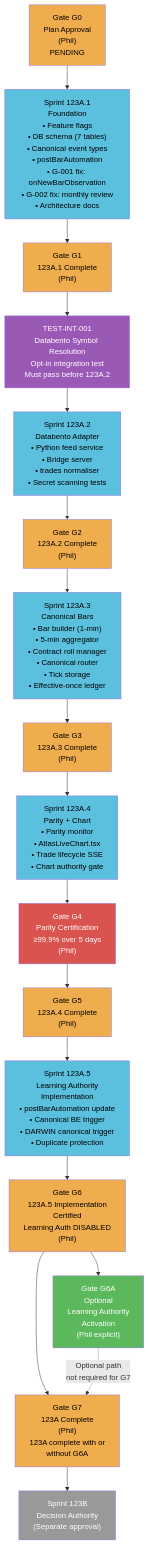
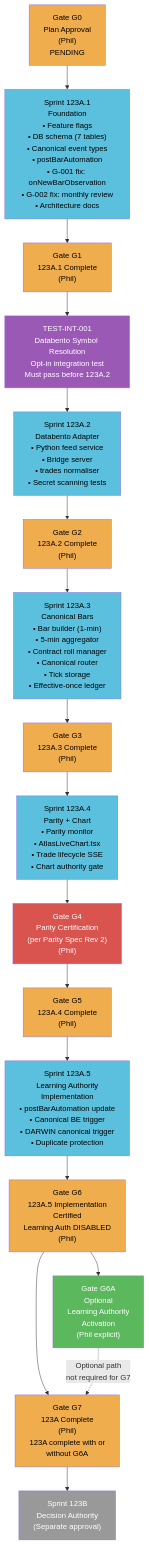
Before and after one commit to SFGrowth/Project-Atlas: the first of 5 diagrams in docs/architecture/SPRINT_123A_DEPENDENCY_DIAGRAM.md, drawn with Mermaid. The commit also changed other lines of this file and 8 other files, not shown here.

````diff
--- a/docs/architecture/SPRINT_123A_DEPENDENCY_DIAGRAM.md
+++ b/docs/architecture/SPRINT_123A_DEPENDENCY_DIAGRAM.md
@@ -14,53 +14,53 @@
 ```mermaid
 graph TD
     G0["Gate G0\nPlan Approval\n(Phil)\nPENDING"]
     S1["Sprint 123A.1\nFoundation\n• Feature flags\n• DB schema (7 tables)\n• Canonical event types\n• postBarAutomation\n• G-001 fix: onNewBarObservation\n• G-002 fix: monthly review\n• Architecture docs"]
     G1["Gate G1\n123A.1 Complete\n(Phil)"]
     INT001["TEST-INT-001\nDatabento Symbol Resolution\nOpt-in integration test\nMust pass before 123A.2"]
     S2["Sprint 123A.2\nDatabento Adapter\n• Python feed service\n• Bridge server\n• trades normaliser\n• Secret scanning tests"]
     G2["Gate G2\n123A.2 Complete\n(Phil)"]
     S3["Sprint 123A.3\nCanonical Bars\n• Bar builder (1-min)\n• 5-min aggregator\n• Contract roll manager\n• Canonical router\n• Tick storage\n• Effective-once ledger"]
     G3["Gate G3\n123A.3 Complete\n(Phil)"]
     S4["Sprint 123A.4\nParity + Chart\n• Parity monitor\n• AtlasLiveChart.tsx\n• Trade lifecycle SSE\n• Chart authority gate"]
-    G4["Gate G4\nParity Certification\n≥99.9% over 5 days\n(Phil)"]
+    G4["Gate G4\nParity Certification\n(per Parity Spec Rev 2)\n(Phil)"]
     G5["Gate G5\n123A.4 Complete\n(Phil)"]
     S5["Sprint 123A.5\nLearning Authority\nImplementation\n• postBarAutomation update\n• Canonical BE trigger\n• DARWIN canonical trigger\n• Duplicate protection"]
     G6["Gate G6\n123A.5 Implementation\nCertified\nLearning Auth DISABLED\n(Phil)"]
     G6A["Gate G6A\nOptional\nLearning Authority\nActivation\n(Phil explicit)"]
     G7["Gate G7\n123A Complete\n(Phil)\n123A complete with or\nwithout G6A"]
     S123B["Sprint 123B\nDecision Authority\n(Separate approval)"]
 
     G0 --> S1
     S1 --> G1
     G1 --> INT001
     INT001 --> S2
     S2 --> G2
     G2 --> S3
     S3 --> G3
     G3 --> S4
     S4 --> G4
     G4 --> G5
     G5 --> S5
     S5 --> G6
     G6 --> G7
     G6 --> G6A
     G6A -.->|"Optional path\nnot required for G7"| G7
     G7 --> S123B
 
     style G0 fill:#f0ad4e,color:#000
     style G1 fill:#f0ad4e,color:#000
     style G2 fill:#f0ad4e,color:#000
     style G3 fill:#f0ad4e,color:#000
     style G4 fill:#d9534f,color:#fff
     style G5 fill:#f0ad4e,color:#000
     style G6 fill:#f0ad4e,color:#000
     style G6A fill:#5cb85c,color:#fff
     style G7 fill:#f0ad4e,color:#000
     style INT001 fill:#9b59b6,color:#fff
     style S1 fill:#5bc0de,color:#000
     style S2 fill:#5bc0de,color:#000
     style S3 fill:#5bc0de,color:#000
     style S4 fill:#5bc0de,color:#000
     style S5 fill:#5bc0de,color:#000
     style S123B fill:#999,color:#fff
 ```
````
